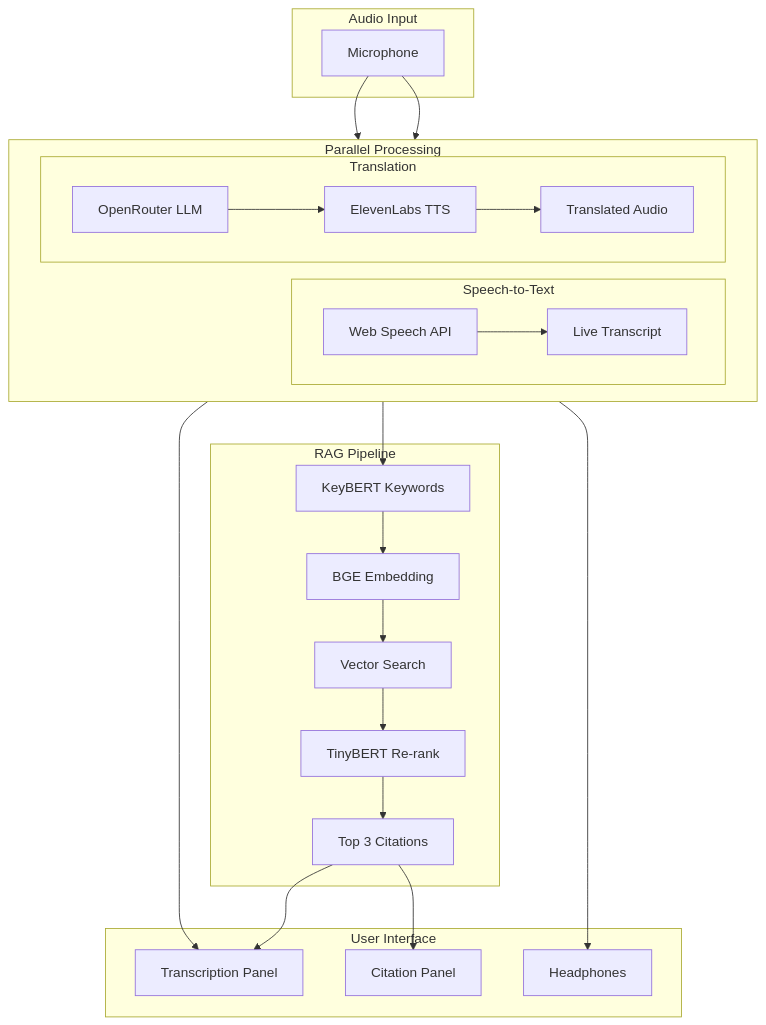
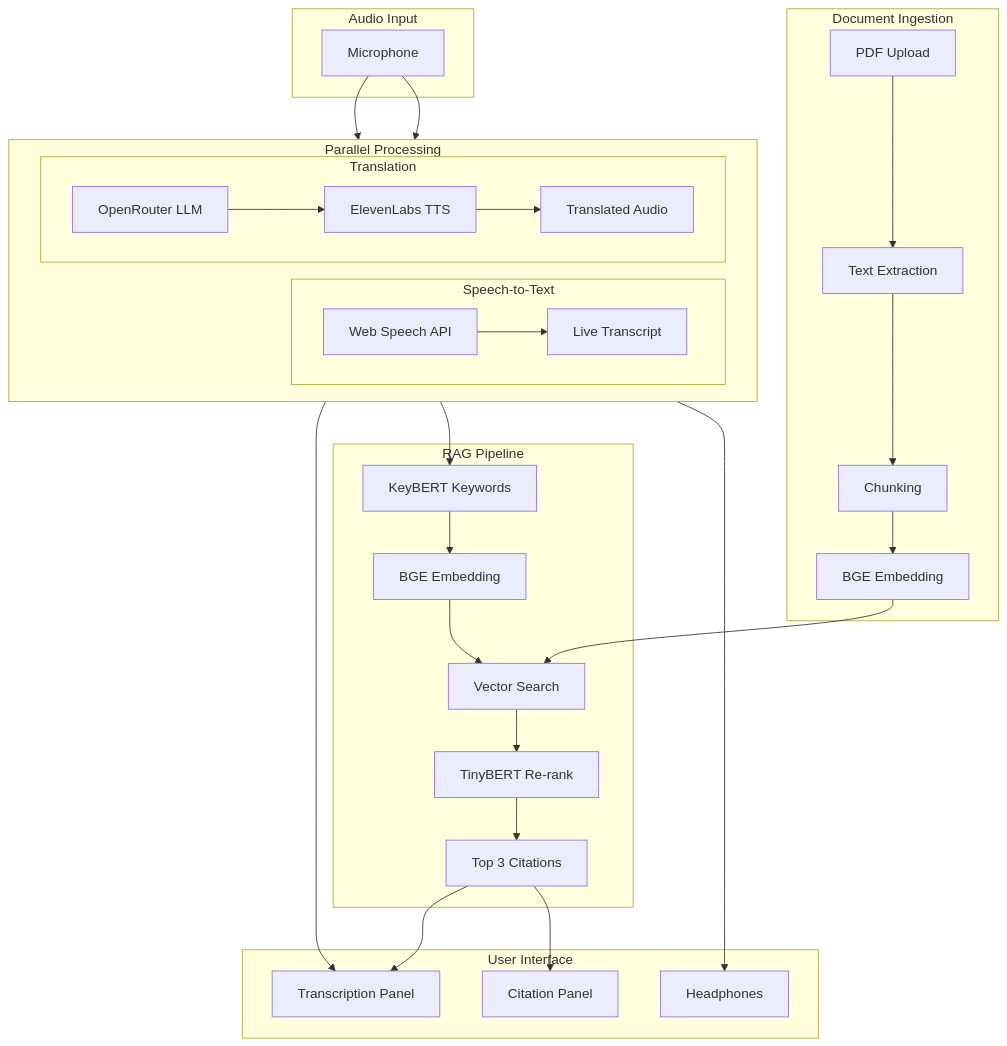
The first of 2 diagrams in README.md (AbeerDas/Rosetta-HackHive), drawn with Mermaid before and after one commit. The commit also changed other lines of this file, not shown here.

````diff
--- a/README.md
+++ b/README.md
@@ -47,46 +47,55 @@
 ```mermaid
 flowchart TB
     subgraph input [Audio Input]
         MIC[Microphone]
+    end
+
+    subgraph docs [Document Ingestion]
+        PDF[PDF Upload]
+        EXTRACT[Text Extraction]
+        CHUNK[Chunking]
+        DOC_EMBED[BGE Embedding]
+        PDF --> EXTRACT --> CHUNK --> DOC_EMBED
     end
 
     subgraph parallel [Parallel Processing]
         direction LR
         subgraph stt [Speech-to-Text]
             WEBSPEECH[Web Speech API]
             TRANSCRIPT[Live Transcript]
             WEBSPEECH --> TRANSCRIPT
         end
 
         subgraph translation [Translation]
             OPENROUTER[OpenRouter LLM]
             ELEVENLABS[ElevenLabs TTS]
             AUDIO_OUT[Translated Audio]
             OPENROUTER --> ELEVENLABS --> AUDIO_OUT
         end
     end
 
     subgraph rag [RAG Pipeline]
         KEYBERT[KeyBERT Keywords]
         EMBED[BGE Embedding]
         CHROMA[Vector Search]
         RERANK[TinyBERT Re-rank]
         CITATIONS[Top 3 Citations]
 
         KEYBERT --> EMBED --> CHROMA --> RERANK --> CITATIONS
     end
 
     subgraph output [User Interface]
         TRANSCRIPTION[Transcription Panel]
         SPEAKER[Headphones]
         SIDEBAR[Citation Panel]
     end
 
+    DOC_EMBED --> CHROMA
     MIC --> WEBSPEECH
     MIC --> OPENROUTER
     TRANSCRIPT --> TRANSCRIPTION
     TRANSCRIPT --> KEYBERT
     AUDIO_OUT --> SPEAKER
     CITATIONS --> TRANSCRIPTION
     CITATIONS --> SIDEBAR
 ```
````
